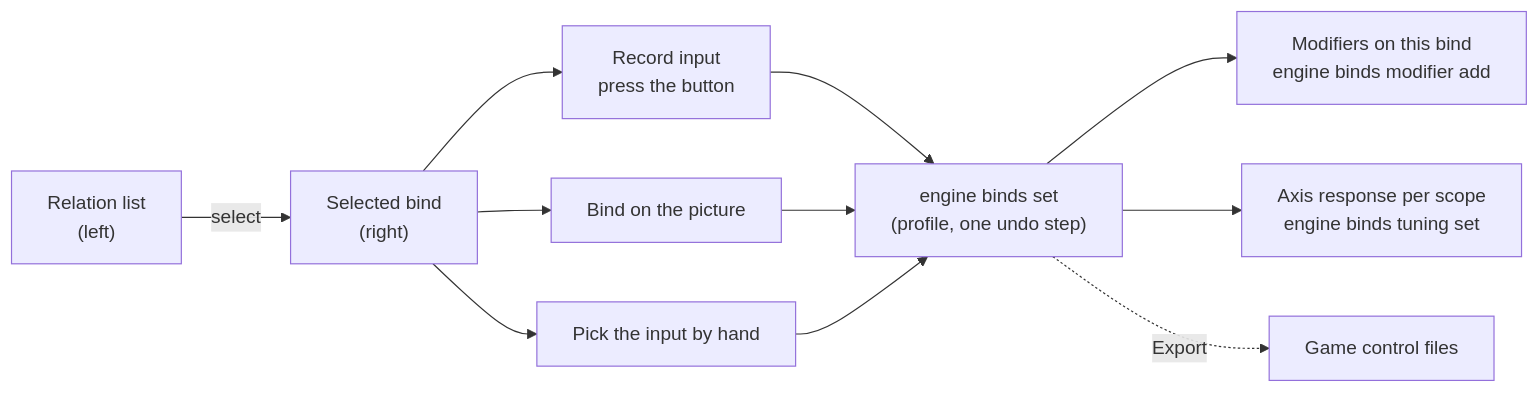
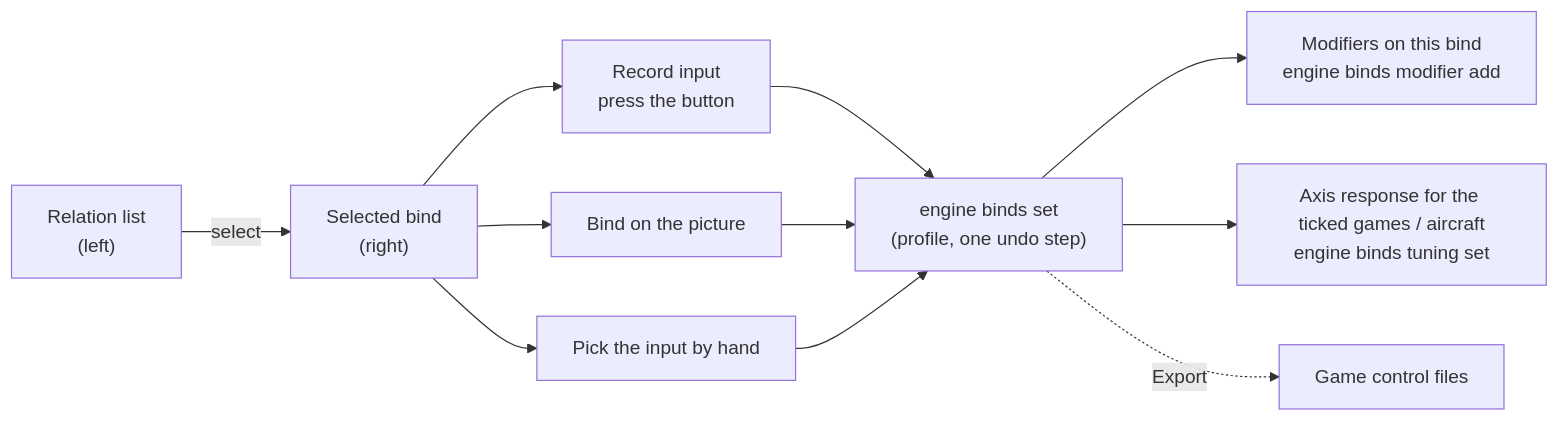
Before and after one commit to Holdi601/JoystickProfiler2: the first of 2 diagrams in website/content/gui/binds.md, drawn with Mermaid. The commit also changed other lines of this file and 129 other files, not shown here.

````diff
--- a/website/content/gui/binds.md
+++ b/website/content/gui/binds.md
@@ -16,11 +16,11 @@
 ```mermaid
 flowchart LR
   L["Relation list<br/>(left)"] -->|select| S["Selected bind<br/>(right)"]
   S --> R["Record input<br/>press the button"]
   S --> P["Bind on the picture"]
   S --> H["Pick the input by hand"]
   R & P & H --> E["engine binds set<br/>(profile, one undo step)"]
   E --> M["Modifiers on this bind<br/>engine binds modifier add"]
-  E --> C["Axis response per scope<br/>engine binds tuning set"]
+  E --> C["Axis response for the ticked games / aircraft<br/>engine binds tuning set"]
   E -.Export.-> G["Game control files"]
 ```
````
